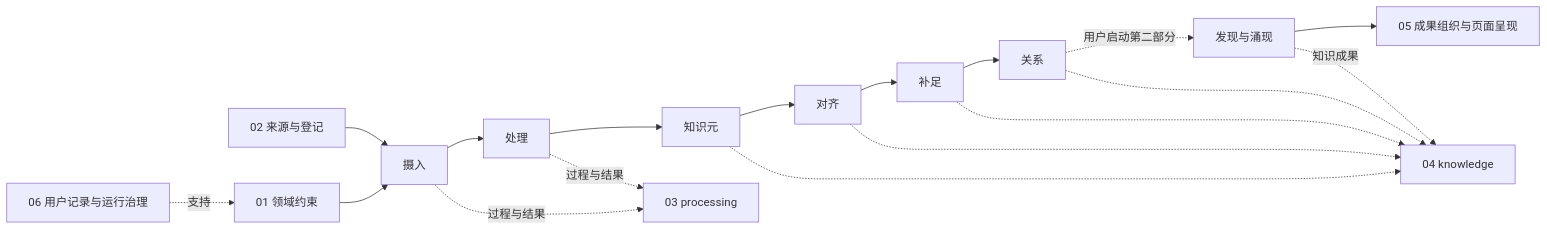
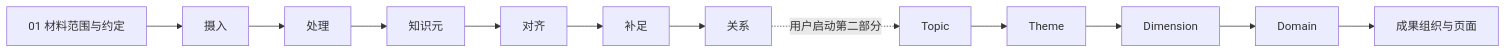
The diagram in README.md (fengbaifan/PNP-Final-DATA), drawn with Mermaid before and after one commit. The commit also changed other lines of this file and 436 other files, not shown here.

````diff
--- a/README.md
+++ b/README.md
@@ -34,15 +9,6 @@
 ```mermaid
 flowchart LR
-    A[01 领域约束] --> B[摄入] --> C[处理] --> D[知识元] --> E[对齐] --> F[补足] --> G[关系]
-    S[02 来源与登记] --> B
-    B -.过程与结果.-> P[03 processing]
-    C -.过程与结果.-> P
-    D -.-> K[04 knowledge]
-    E -.-> K
-    F -.-> K
-    G -.-> K
-    G -.用户启动第二部分.-> H[发现与涌现]
-    H -.知识成果.-> K
-    H --> I[05 成果组织与页面呈现]
-    R[06 用户记录与运行治理] -.支持.-> A
+  S[01 材料范围与约定] --> A[摄入] --> B[处理] --> C[知识元] --> D[对齐] --> E[补足] --> F[关系]
+  F -.用户启动第二部分.-> G[Topic] --> H[Theme] --> I[Dimension] --> J[Domain]
+  J --> K[成果组织与页面]
 ```
````
